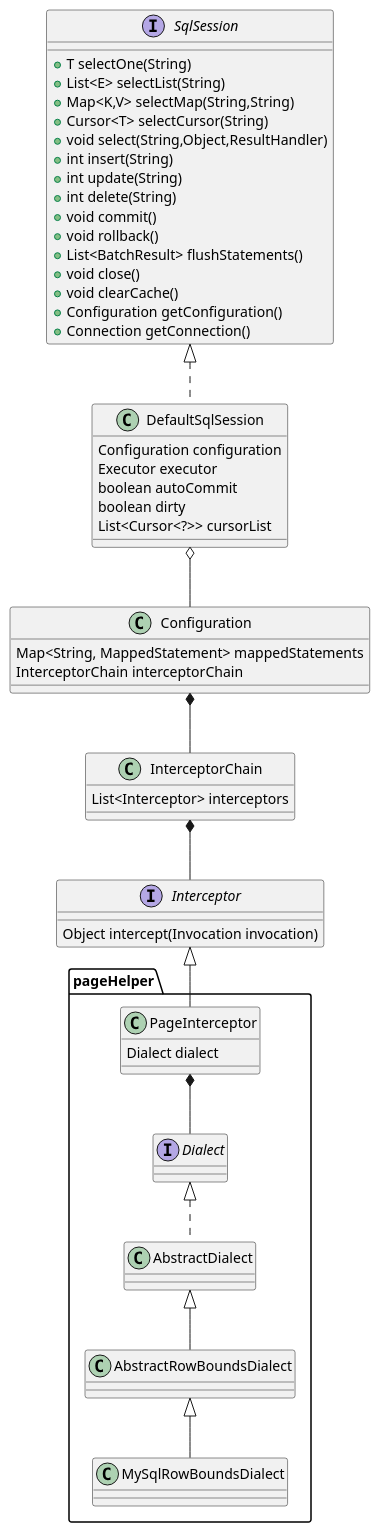
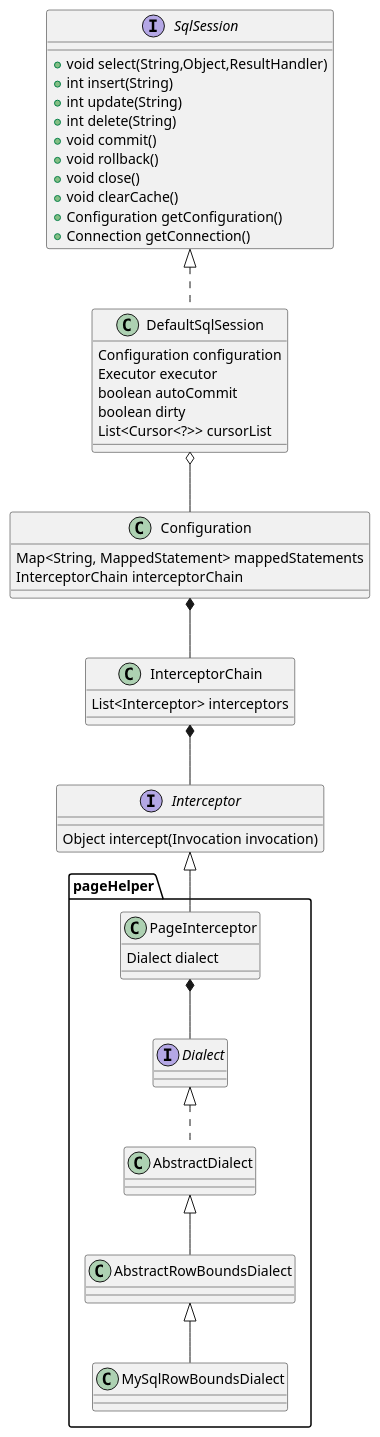
The third of 3 diagrams in content/post/java/spring/mybatis.md (kevinwang930/kevinwang930.github.io), drawn with PlantUML before and after one commit. The commit also changed other lines of this file and 1 other file, not shown here.

````diff
--- a/content/post/java/spring/mybatis.md
+++ b/content/post/java/spring/mybatis.md
@@ -20,66 +136,62 @@
 ```plantuml
-
 interface SqlSession  {
-+ T selectOne(String)
-+ List<E> selectList(String)
-+ Map<K,V> selectMap(String,String)
-+ Cursor<T> selectCursor(String)
 + void select(String,Object,ResultHandler)
 + int insert(String)
 + int update(String)
 + int delete(String)
 + void commit()
 + void rollback()
-+ List<BatchResult> flushStatements()
 + void close()
 + void clearCache()
 + Configuration getConfiguration()
 + Connection getConnection()
 }
+
+
 class DefaultSqlSession implements SqlSession {
     Configuration configuration
     Executor executor
     boolean autoCommit
     boolean dirty
     List<Cursor<?>> cursorList
 }
 
 class Configuration {
     Map<String, MappedStatement> mappedStatements
     InterceptorChain interceptorChain
 }
 
 class InterceptorChain {
     List<Interceptor> interceptors
 }
 DefaultSqlSession o-- Configuration
 Configuration *-- InterceptorChain
 
 interface Interceptor {
     Object intercept(Invocation invocation)
 }
 
 package pageHelper {
 
     class PageInterceptor  {
         Dialect dialect
     }
 
 interface Dialect  {
 }
 
 class AbstractDialect implements Dialect{
 }
 class AbstractRowBoundsDialect extends AbstractDialect {
 }
 
 class MySqlRowBoundsDialect extends AbstractRowBoundsDialect{
 }
 
 PageInterceptor *-- Dialect
 }
 
 
 InterceptorChain *-- Interceptor
 Interceptor <|--  PageInterceptor 
 ```
````
